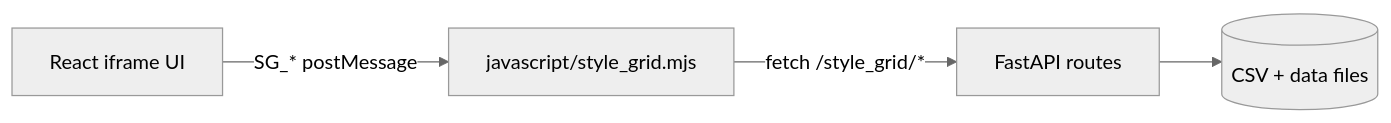
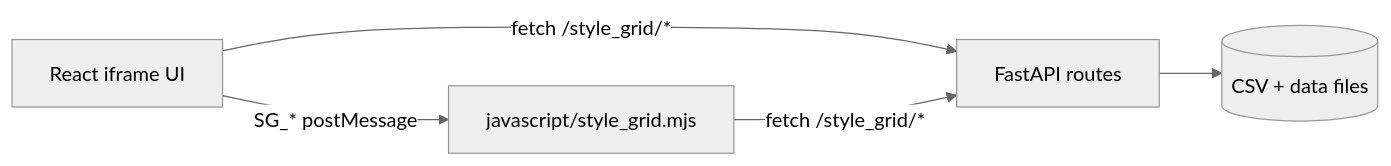
Before and after one commit to KazeKaze93/sd-webui-style-organizer: the diagram in docs/API.md, drawn with Mermaid (neutral theme). The commit also changed other lines of this file and 2 other files, not shown here.

````diff
--- a/docs/API.md
+++ b/docs/API.md
@@ -13,6 +13,7 @@
 ```mermaid
 flowchart LR
   UI[React iframe UI] -->|SG_* postMessage| HOST[javascript/style_grid.mjs]
-  HOST -->|fetch /style_grid/*| API[FastAPI routes]
+  UI -->|fetch /style_grid/*| API[FastAPI routes]
+  HOST -->|fetch /style_grid/*| API
   API --> DATA[(CSV + data files)]
 ```
````
